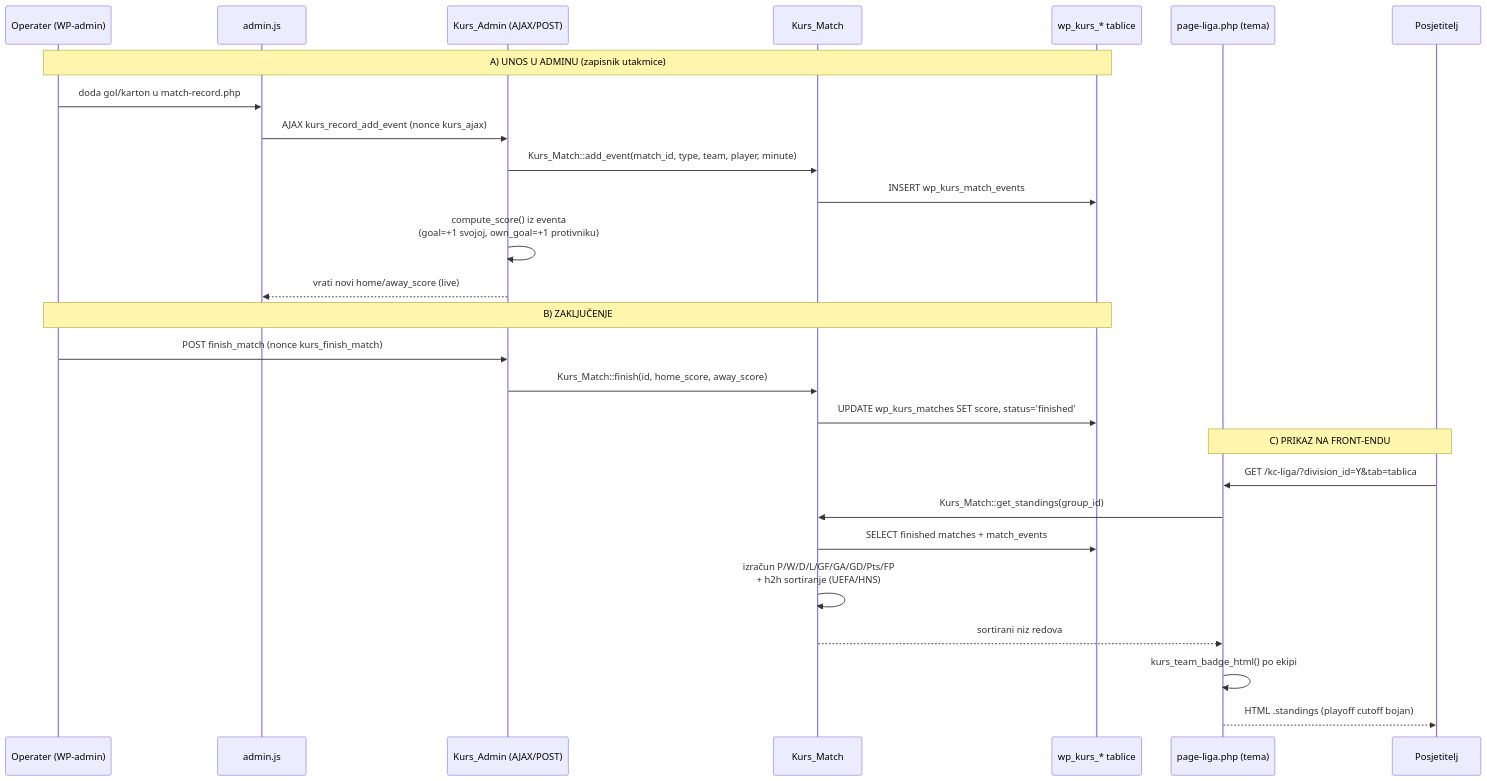
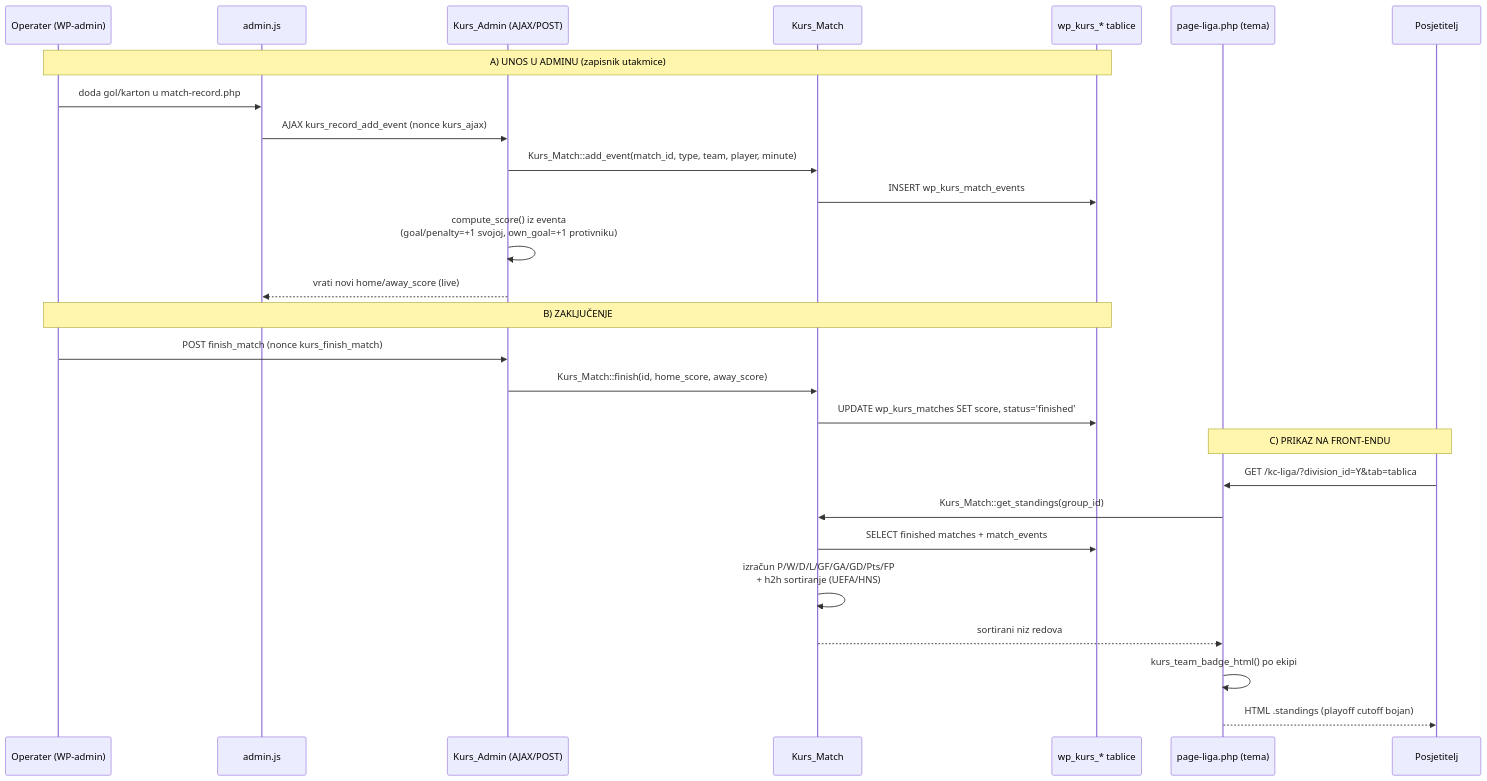
One commit to tinci4k/kurs changed the second of 2 diagrams in docs/ARHITEKTURA.md. Above: the diagram before and after it, drawn with Mermaid. The commit also changed other lines of this file and 46 other files, not shown here.

````diff
--- a/docs/ARHITEKTURA.md
+++ b/docs/ARHITEKTURA.md
@@ -125,32 +150,32 @@
 ```mermaid
 sequenceDiagram
     participant Op as Operater (WP-admin)
     participant AdmJS as admin.js
     participant Admin as Kurs_Admin (AJAX/POST)
     participant MatchC as Kurs_Match
     participant DB as wp_kurs_* tablice
     participant Hub as page-liga.php (tema)
     participant Visitor as Posjetitelj
 
     Note over Op,DB: A) UNOS U ADMINU (zapisnik utakmice)
     Op->>AdmJS: doda gol/karton u match-record.php
     AdmJS->>Admin: AJAX kurs_record_add_event (nonce kurs_ajax)
     Admin->>MatchC: Kurs_Match::add_event(match_id, type, team, player, minute)
     MatchC->>DB: INSERT wp_kurs_match_events
-    Admin->>Admin: compute_score() iz eventa<br/>(goal=+1 svojoj, own_goal=+1 protivniku)
+    Admin->>Admin: compute_score() iz eventa<br/>(goal/penalty=+1 svojoj, own_goal=+1 protivniku)
     Admin-->>AdmJS: vrati novi home/away_score (live)
 
     Note over Op,DB: B) ZAKLJUČENJE
     Op->>Admin: POST finish_match (nonce kurs_finish_match)
     Admin->>MatchC: Kurs_Match::finish(id, home_score, away_score)
     MatchC->>DB: UPDATE wp_kurs_matches SET score, status='finished'
 
     Note over Hub,Visitor: C) PRIKAZ NA FRONT-ENDU
     Visitor->>Hub: GET /kc-liga/?division_id=Y&tab=tablica
     Hub->>MatchC: Kurs_Match::get_standings(group_id)
     MatchC->>DB: SELECT finished matches + match_events
     MatchC->>MatchC: izračun P/W/D/L/GF/GA/GD/Pts/FP<br/>+ h2h sortiranje (UEFA/HNS)
     MatchC-->>Hub: sortirani niz redova
     Hub->>Hub: kurs_team_badge_html() po ekipi
     Hub-->>Visitor: HTML .standings (playoff cutoff bojan)
 ```
````
